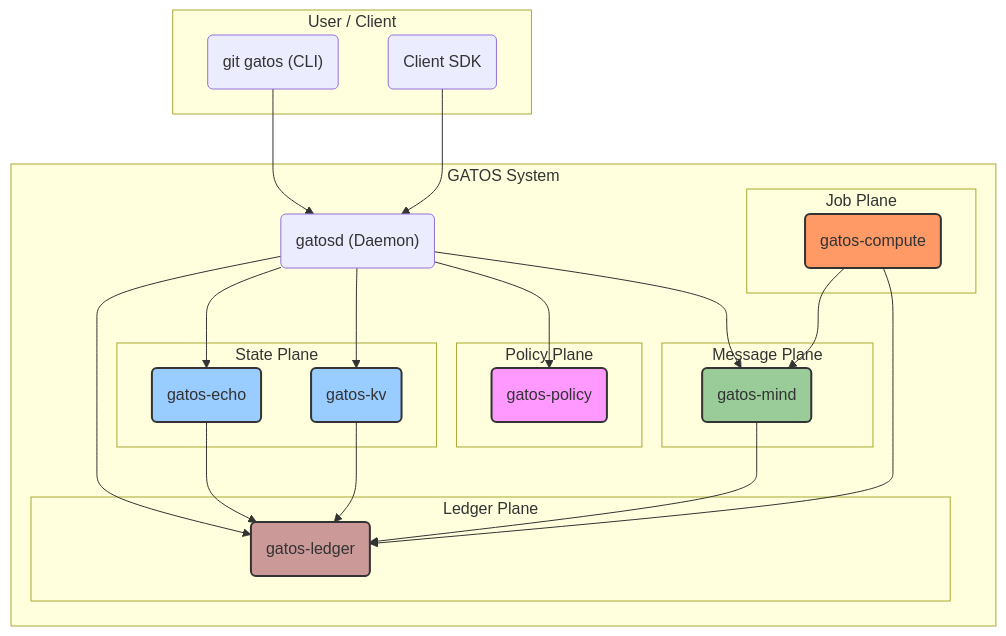
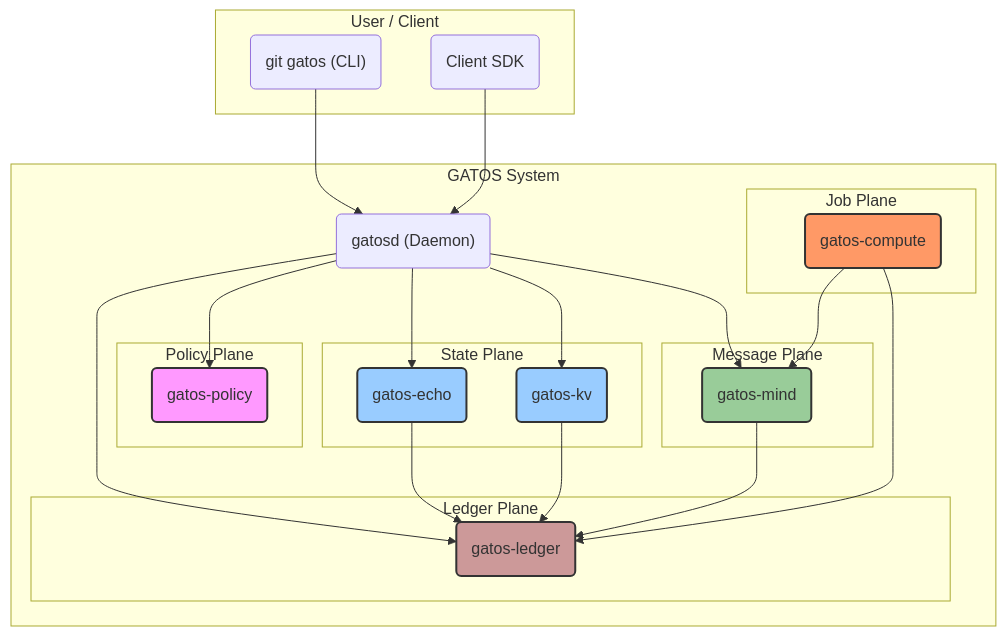
The diagram in docs/guide/README.md (flyingrobots/gatos), drawn with Mermaid before and after one commit. The commit also changed other lines of this file and 1 other file, not shown here.

Commit message:
docs(guide): unify plane order in README diagram; add style/terminology note; add Mermaid version note for gitGraph

````diff
--- a/docs/guide/README.md
+++ b/docs/guide/README.md
@@ -32,54 +32,54 @@
 ```mermaid
 graph TD
     subgraph "User / Client"
         CLI("git gatos (CLI)")
         SDK("Client SDK")
     end
 
     subgraph "GATOS System"
         Daemon("gatosd (Daemon)")
 
-        subgraph "Policy Plane"
-            Policy("gatos-policy");
+        subgraph "Ledger Plane"
+            Ledger("gatos-ledger");
         end
 
         subgraph "State Plane"
             Echo("gatos-echo");
             KV("gatos-kv");
+        end
+
+        subgraph "Policy Plane"
+            Policy("gatos-policy");
         end
 
         subgraph "Message Plane"
             Mind("gatos-mind");
         end
 
         subgraph "Job Plane"
             Compute("gatos-compute");
-        end
-
-        subgraph "Ledger Plane"
-            Ledger("gatos-ledger");
         end
 
         Daemon --> Policy;
         Daemon --> Echo;
         Daemon --> KV;
         Daemon --> Mind;
         Daemon --> Ledger;
 
         Echo --> Ledger;
         KV --> Ledger;
         Mind --> Ledger;
         Compute --> Mind;
         Compute --> Ledger;
     end
 
     CLI --> Daemon;
     SDK --> Daemon;
 
     style Policy fill:#f9f,stroke:#333,stroke-width:2px
     style Echo fill:#9cf,stroke:#333,stroke-width:2px
     style KV fill:#9cf,stroke:#333,stroke-width:2px
     style Mind fill:#9c9,stroke:#333,stroke-width:2px
     style Ledger fill:#c99,stroke:#333,stroke-width:2px
     style Compute fill:#f96,stroke:#333,stroke-width:2px
 ```
````
